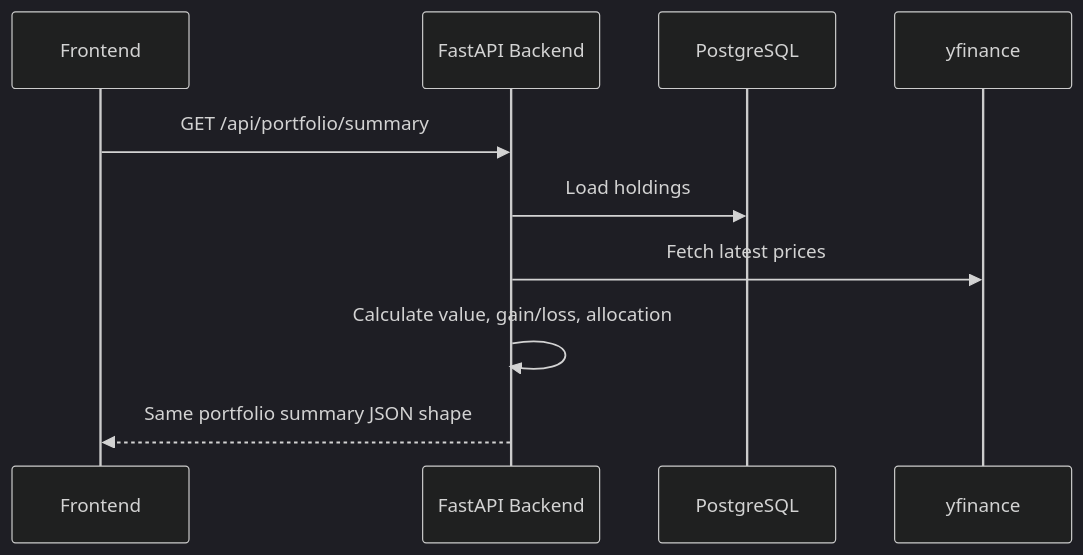
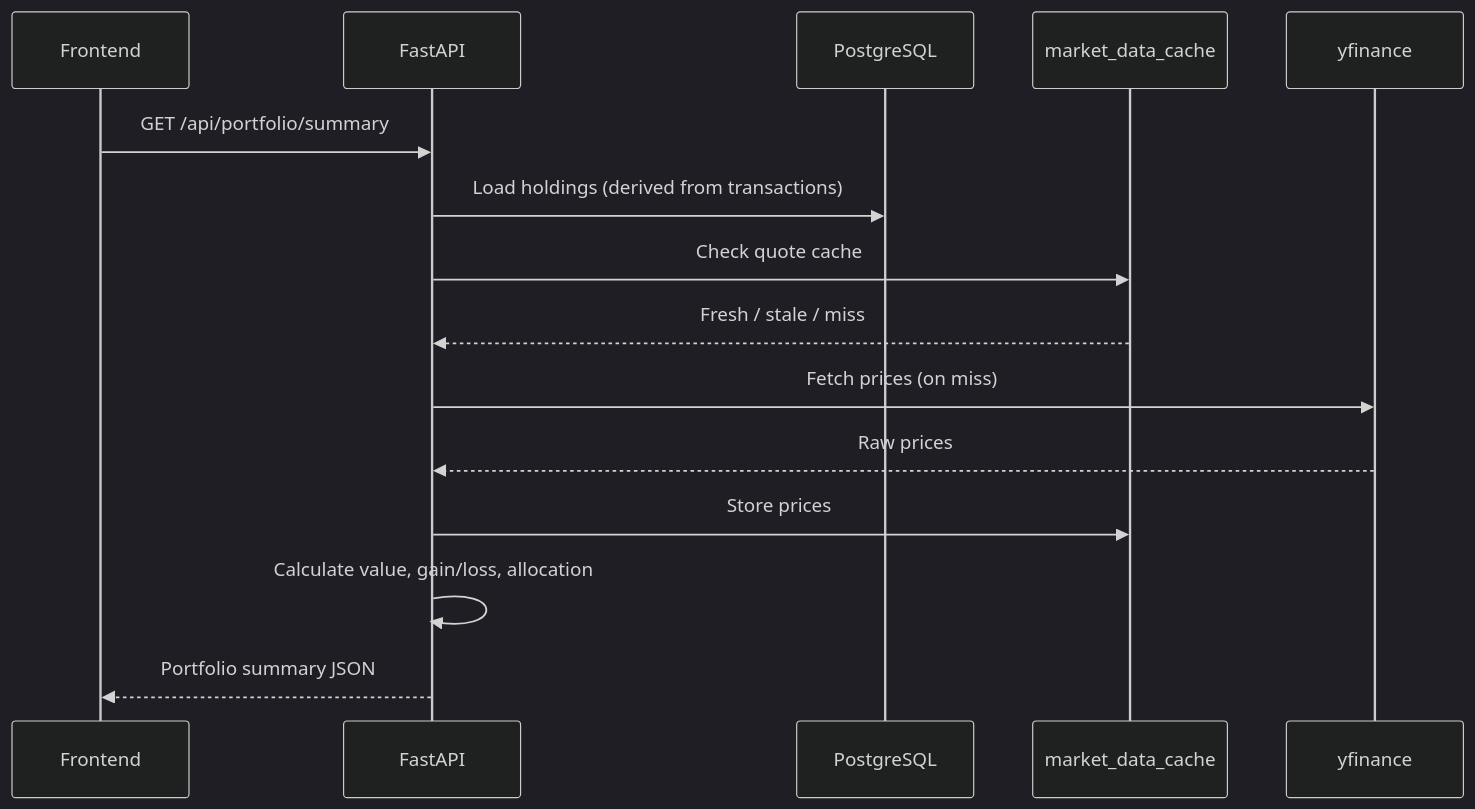
Before and after one commit to maxritter0714-sketch/assetflow-mini: the second of 3 diagrams in docs/architecture.md, drawn with Mermaid (dark theme). The commit also changed other lines of this file and 12 other files, not shown here.

````diff
--- a/docs/architecture.md
+++ b/docs/architecture.md
@@ -243,13 +350,18 @@
 ```mermaid
 sequenceDiagram
     participant FE as Frontend
-    participant BE as FastAPI Backend
+    participant BE as FastAPI
     participant DB as PostgreSQL
+    participant Cache as market_data_cache
     participant YF as yfinance
 
     FE->>BE: GET /api/portfolio/summary
-    BE->>DB: Load holdings
-    BE->>YF: Fetch latest prices
+    BE->>DB: Load holdings (derived from transactions)
+    BE->>Cache: Check quote cache
+    Cache-->>BE: Fresh / stale / miss
+    BE->>YF: Fetch prices (on miss)
+    YF-->>BE: Raw prices
+    BE->>Cache: Store prices
     BE->>BE: Calculate value, gain/loss, allocation
-    BE-->>FE: Same portfolio summary JSON shape
+    BE-->>FE: Portfolio summary JSON
 ```
````
